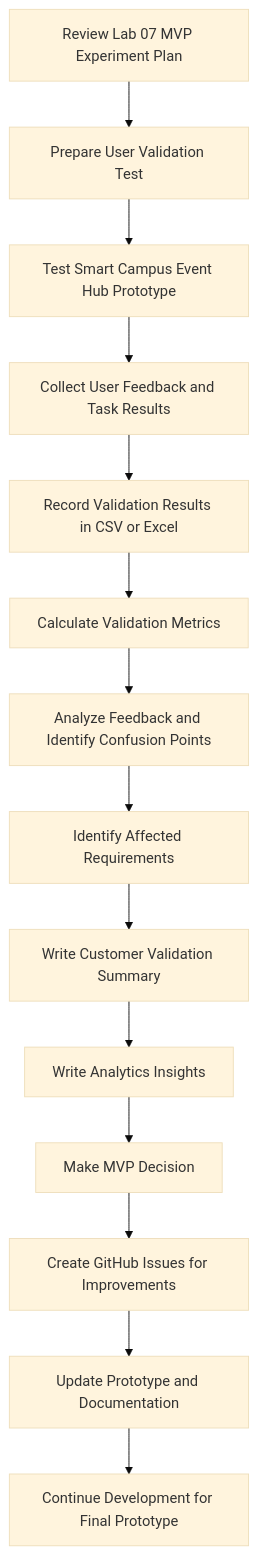
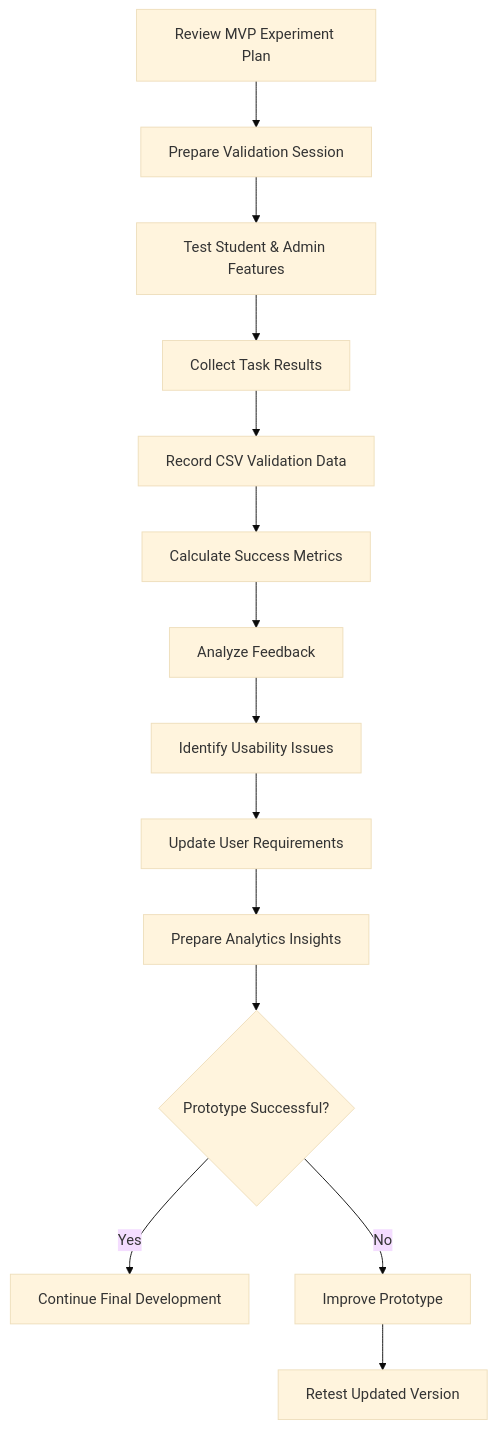
Before and after one commit to sonamd6807456/ICT105-DRUK-MVP: the diagram in diagrams/validation-result-flow.mmd, drawn with Mermaid (base theme).

```diff
--- a/diagrams/validation-result-flow.mmd
+++ b/diagrams/validation-result-flow.mmd
@@ -1,28 +1,29 @@
 flowchart TD
 
-A[Review Lab 07 MVP Experiment Plan]
---> B[Prepare User Validation Test]
+    A[Review MVP Experiment Plan]
 
-B --> C[Test Smart Campus Event Hub Prototype]
+    A --> B[Prepare Validation Session]
 
-C --> D[Collect User Feedback and Task Results]
+    B --> C[Test Student & Admin Features]
 
-D --> E[Record Validation Results in CSV or Excel]
+    C --> D[Collect Task Results]
 
-E --> F[Calculate Validation Metrics]
+    D --> E[Record CSV Validation Data]
 
-F --> G[Analyze Feedback and Identify Confusion Points]
+    E --> F[Calculate Success Metrics]
 
-G --> H[Identify Affected Requirements]
+    F --> G[Analyze Feedback]
 
-H --> I[Write Customer Validation Summary]
+    G --> H[Identify Usability Issues]
 
-I --> J[Write Analytics Insights]
+    H --> I[Update User Requirements]
 
-J --> K[Make MVP Decision]
+    I --> J[Prepare Analytics Insights]
 
-K --> L[Create GitHub Issues for Improvements]
+    J --> K{Prototype Successful?}
 
-L --> M[Update Prototype and Documentation]
+    K -->|Yes| L[Continue Final Development]
 
-M --> N[Continue Development for Final Prototype]
+    K -->|No| M[Improve Prototype]
+
+    M --> N[Retest Updated Version]
```
